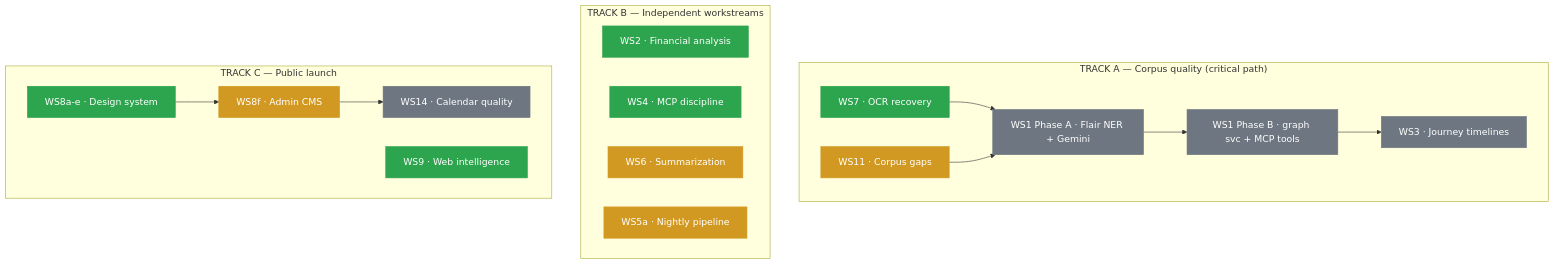
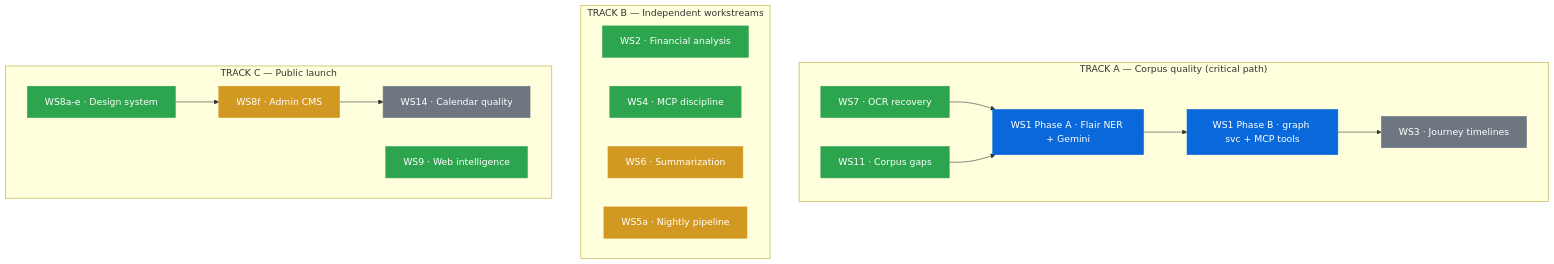
One commit to NeoDemos/NeoDemos changed the diagram in docs/handoffs/README.md. Above: the diagram before and after it, drawn with Mermaid. The commit also changed other lines of this file and 5 other files, not shown here.

````diff
--- a/docs/handoffs/README.md
+++ b/docs/handoffs/README.md
@@ -172,44 +172,45 @@
 ```mermaid
 flowchart TD
 
   subgraph A["TRACK A — Corpus quality (critical path)"]
     WS7["WS7 · OCR recovery"]
     WS11["WS11 · Corpus gaps"]
     WS1A["WS1 Phase A · Flair NER + Gemini"]
     WS1B["WS1 Phase B · graph svc + MCP tools"]
     WS3["WS3 · Journey timelines"]
     WS7  --> WS1A
     WS11 --> WS1A
     WS1A --> WS1B
     WS1B --> WS3
   end
 
   subgraph B["TRACK B — Independent workstreams"]
     WS2["WS2 · Financial analysis"]
     WS4["WS4 · MCP discipline"]
     WS6["WS6 · Summarization"]
     WS5a["WS5a · Nightly pipeline"]
   end
 
   subgraph C["TRACK C — Public launch"]
     WS8ae["WS8a-e · Design system"]
     WS9["WS9 · Web intelligence"]
     WS8f["WS8f · Admin CMS"]
     WS14["WS14 · Calendar quality"]
     WS8ae --> WS8f
     WS8f  --> WS14
   end
 
   classDef done      fill:#2da44e,color:#fff,stroke:#2da44e
   classDef running   fill:#d29922,color:#fff,stroke:#d29922
   classDef blocked   fill:#6e7781,color:#fff,stroke:#6e7781
   classDef available fill:#0969da,color:#fff,stroke:#0969da
   classDef rejected  fill:#cf222e,color:#fff,stroke:#cf222e
   classDef paused    fill:#8250df,color:#fff,stroke:#8250df
   classDef deferred  fill:#656d76,color:#fff,stroke:#656d76
   classDef notstarted fill:#f6f8fa,color:#333,stroke:#d0d7de
 
-  class WS1A,WS1B,WS3,WS14 blocked
-  class WS7,WS2,WS4,WS8ae,WS9 done
-  class WS11,WS6,WS5a,WS8f running
+  class WS1A,WS1B available
+  class WS3,WS14 blocked
+  class WS7,WS11,WS2,WS4,WS8ae,WS9 done
+  class WS6,WS5a,WS8f running
 ```
````
